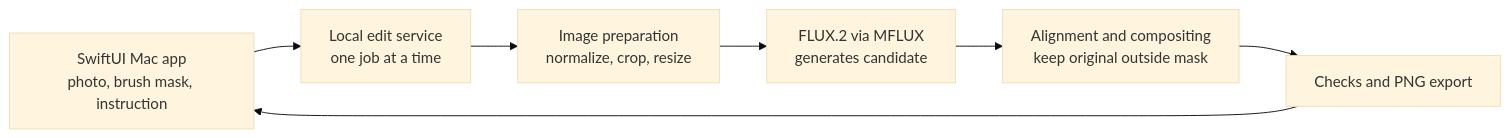
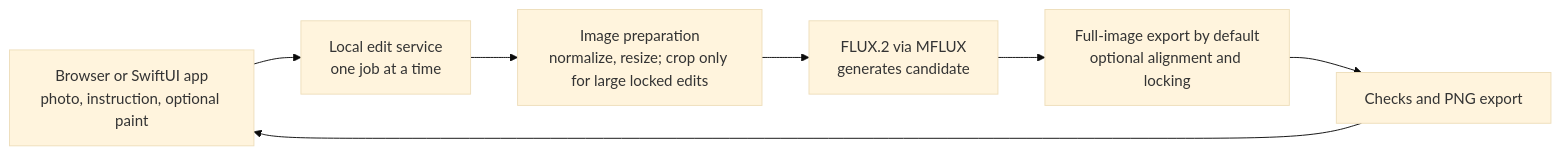
One commit to pactaccount/EditLock changed the diagram in ARCHITECTURE.md. Above: the diagram before and after it, drawn with Mermaid (base theme). The commit also changed other lines of this file and 12 other files, not shown here.

Commit message:
Make instruction-only edits default with optional painted focus

````diff
--- a/ARCHITECTURE.md
+++ b/ARCHITECTURE.md
@@ -13,9 +13,9 @@
 ```mermaid
 flowchart LR
-    A[SwiftUI Mac app<br/>photo, brush mask, instruction] --> B[Local edit service<br/>one job at a time]
-    B --> C[Image preparation<br/>normalize, crop, resize]
+    A[Browser or SwiftUI app<br/>photo, instruction, optional paint] --> B[Local edit service<br/>one job at a time]
+    B --> C[Image preparation<br/>normalize, resize; crop only for large locked edits]
     C --> D[FLUX.2 via MFLUX<br/>generates candidate]
-    D --> E[Alignment and compositing<br/>keep original outside mask]
+    D --> E[Full-image export by default<br/>optional alignment and locking]
     E --> F[Checks and PNG export]
     F --> A
 ```
````
